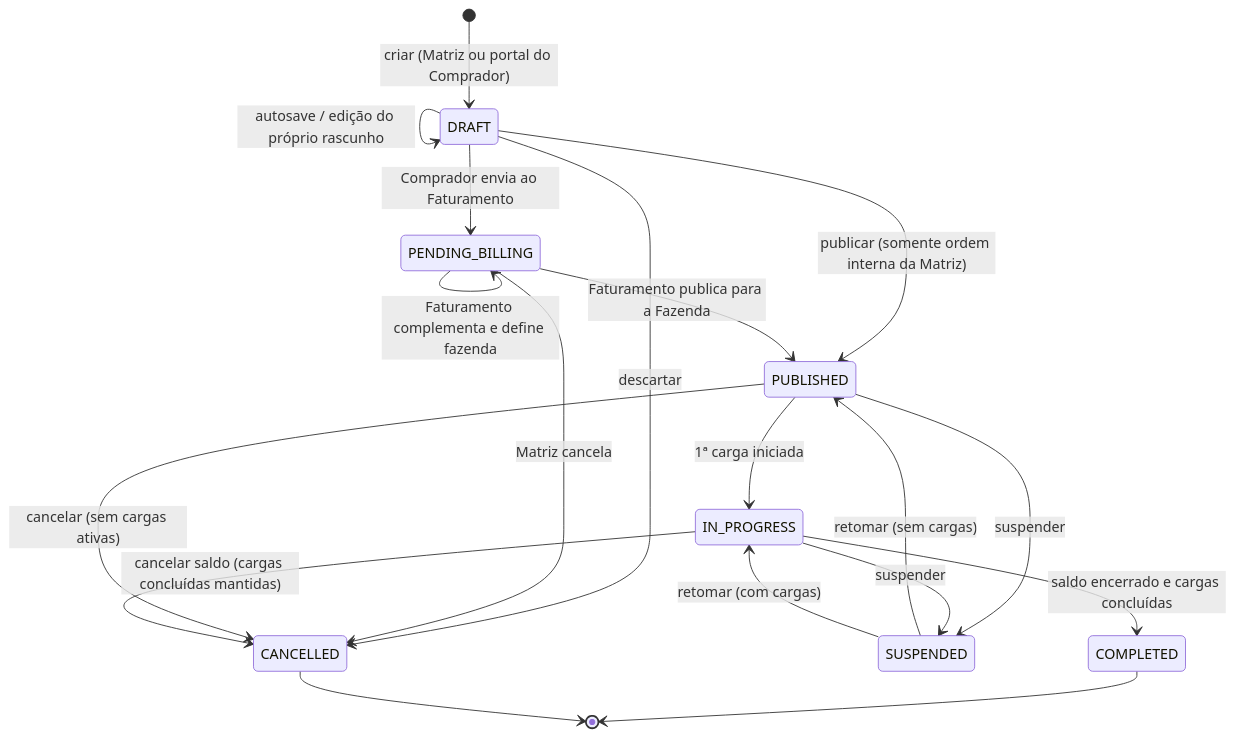
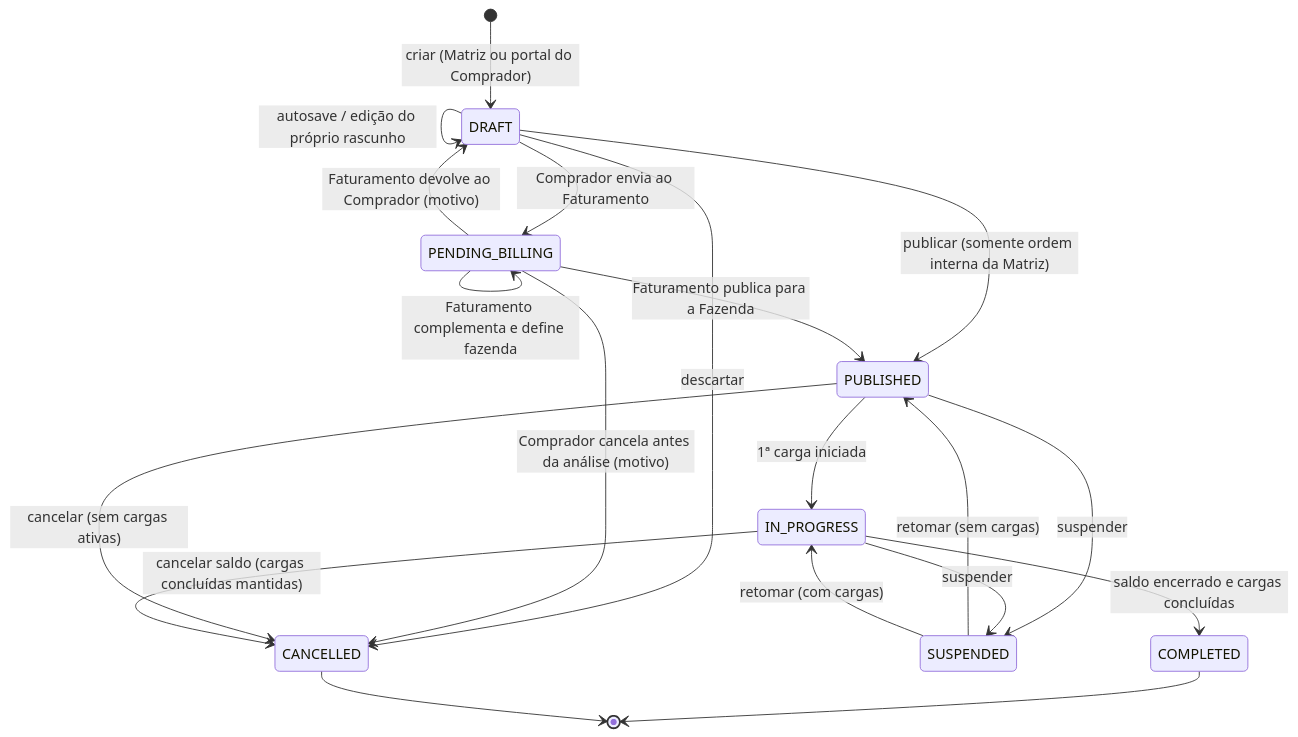
The first of 3 diagrams in docs/state-machines.md (antoniocavali/Ordens_2.0), drawn with Mermaid before and after one commit. The commit also changed other lines of this file and 19 other files, not shown here.

First line of the commit message:
feat(ordens): devolução ao Comprador e cancelamento antes da análise

````diff
--- a/docs/state-machines.md
+++ b/docs/state-machines.md
@@ -7,21 +7,22 @@
 ```mermaid
 stateDiagram-v2
   [*] --> DRAFT: criar (Matriz ou portal do Comprador)
   DRAFT --> DRAFT: autosave / edição do próprio rascunho
   DRAFT --> PENDING_BILLING: Comprador envia ao Faturamento
   DRAFT --> PUBLISHED: publicar (somente ordem interna da Matriz)
   DRAFT --> CANCELLED: descartar
   PENDING_BILLING --> PENDING_BILLING: Faturamento complementa e define fazenda
   PENDING_BILLING --> PUBLISHED: Faturamento publica para a Fazenda
-  PENDING_BILLING --> CANCELLED: Matriz cancela
+  PENDING_BILLING --> DRAFT: Faturamento devolve ao Comprador (motivo)
+  PENDING_BILLING --> CANCELLED: Comprador cancela antes da análise (motivo)
   PUBLISHED --> IN_PROGRESS: 1ª carga iniciada
   PUBLISHED --> SUSPENDED: suspender
   IN_PROGRESS --> SUSPENDED: suspender
   SUSPENDED --> PUBLISHED: retomar (sem cargas)
   SUSPENDED --> IN_PROGRESS: retomar (com cargas)
   PUBLISHED --> CANCELLED: cancelar (sem cargas ativas)
   IN_PROGRESS --> COMPLETED: saldo encerrado e cargas concluídas
   IN_PROGRESS --> CANCELLED: cancelar saldo (cargas concluídas mantidas)
   COMPLETED --> [*]
   CANCELLED --> [*]
 ```
````
